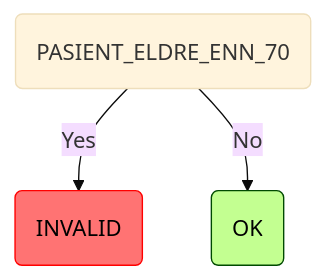
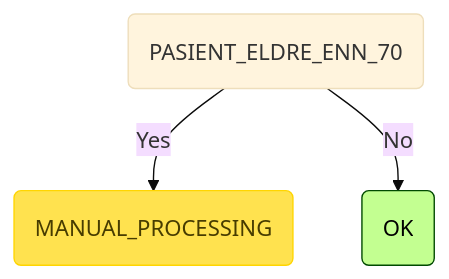
The seventh of 10 diagrams in README.md (navikt/syfosmpapirregler), drawn with Mermaid (base theme) before and after one commit. The commit also changed other lines of this file and 8 other files, not shown here.

Commit message:
Change from status INVALID to MANUAL_PROCESSING

````diff
--- a/README.md
+++ b/README.md
@@ -128,8 +128,8 @@
 ```mermaid
 graph TD
-    root(PASIENT_ELDRE_ENN_70) -->|Yes| root_PASIENT_ELDRE_ENN_70_INVALID(INVALID):::invalid
+    root(PASIENT_ELDRE_ENN_70) -->|Yes| root_PASIENT_ELDRE_ENN_70_MANUAL_PROCESSING(MANUAL_PROCESSING):::manuell
     root(PASIENT_ELDRE_ENN_70) -->|No| root_PASIENT_ELDRE_ENN_70_OK(OK):::ok
     classDef ok fill:#c3ff91,stroke:#004a00,color: black;
     classDef invalid fill:#ff7373,stroke:#ff0000,color: black;
     classDef manuell fill:#ffe24f,stroke:#ffd500,color: #473c00;
 ```
````
